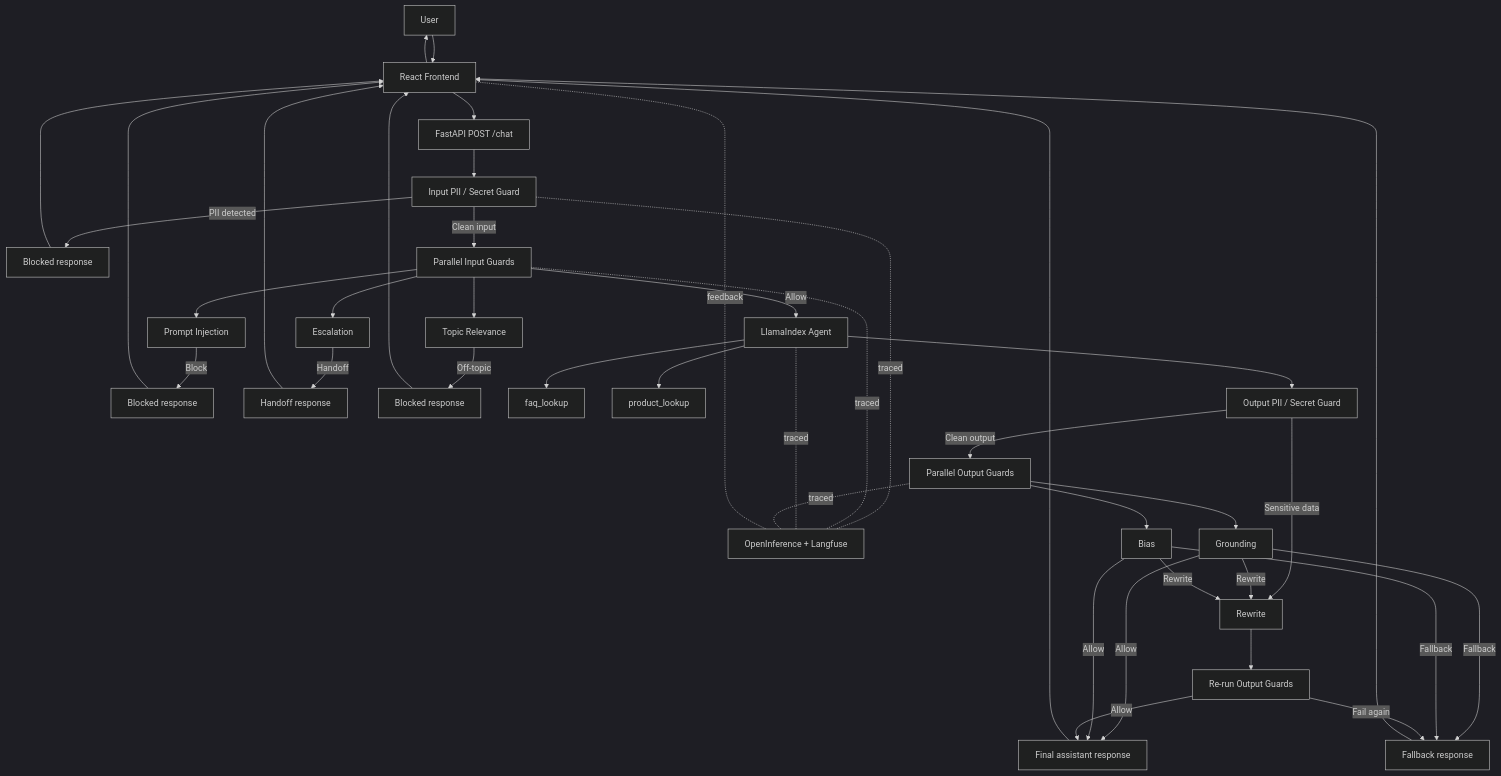
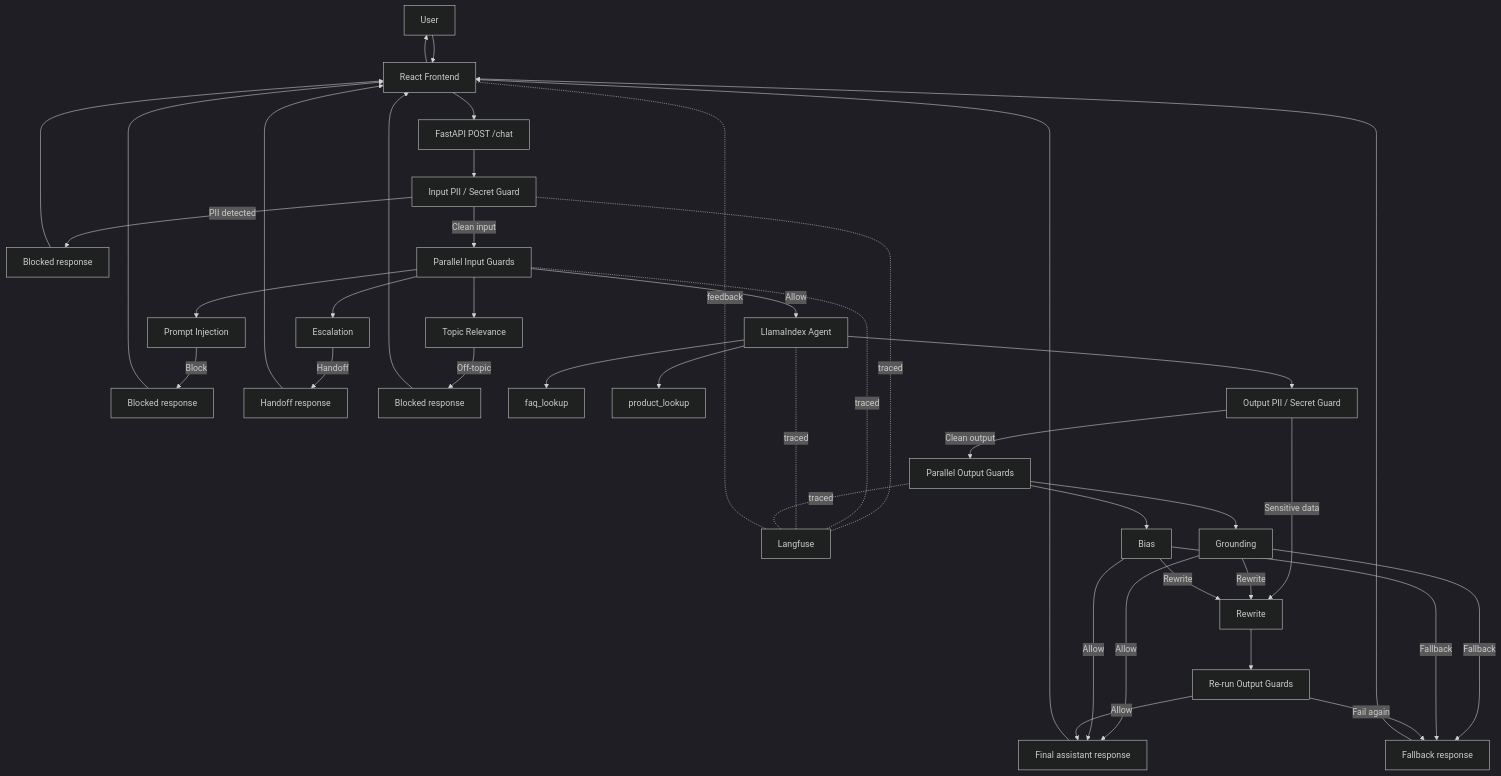
The diagram in README.md (niels-2005/CustomerServiceAgent), drawn with Mermaid (dark theme) before and after one commit. The commit also changed other lines of this file, not shown here.

Commit message:
docs: remove OpenInference badge and update observability section for clarity

````diff
--- a/README.md
+++ b/README.md
@@ -83,52 +81,52 @@
 ```mermaid
 flowchart TD
     A[User] --> B[React Frontend]
     B --> C[FastAPI POST /chat]
 
     C --> D[Input PII / Secret Guard]
-    D -. traced .- L[OpenInference + Langfuse]
+    D -. traced .- L[Langfuse]
     D -->|PII detected| R1[Blocked response]
     D -->|Clean input| E[Parallel Input Guards]
 
     E --> E1[Prompt Injection]
     E --> E2[Escalation]
     E --> E3[Topic Relevance]
     E -. traced .- L
 
     E1 -->|Block| R2[Blocked response]
     E2 -->|Handoff| R3[Handoff response]
     E3 -->|Off-topic| R4[Blocked response]
     E -->|Allow| F[LlamaIndex Agent]
 
     F --> T1[faq_lookup]
     F --> T2[product_lookup]
     F -. traced .- L
 
     F --> G[Output PII / Secret Guard]
     G -->|Sensitive data| H[Rewrite]
     G -->|Clean output| I[Parallel Output Guards]
 
     I --> I1[Grounding]
     I --> I2[Bias]
     I -. traced .- L
 
     I1 -->|Allow| K[Final assistant response]
     I2 -->|Allow| K
     I1 -->|Rewrite| H
     I2 -->|Rewrite| H
     I1 -->|Fallback| R5[Fallback response]
     I2 -->|Fallback| R5
 
     H --> J[Re-run Output Guards]
     J -->|Allow| K
     J -->|Fail again| R5
 
     K --> B
     R1 --> B
     R2 --> B
     R3 --> B
     R4 --> B
     R5 --> B
     B --> A
     B -. feedback .- L
 ```
````
